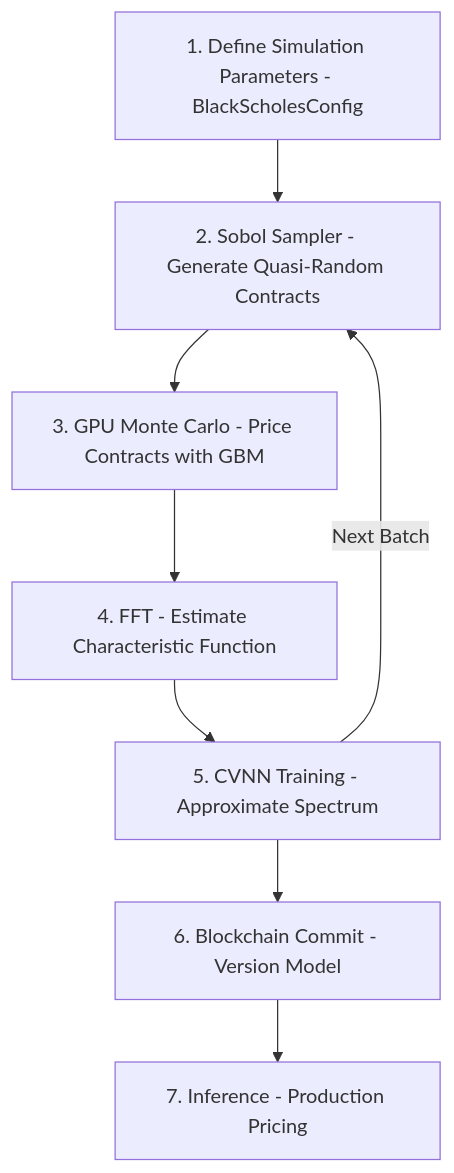
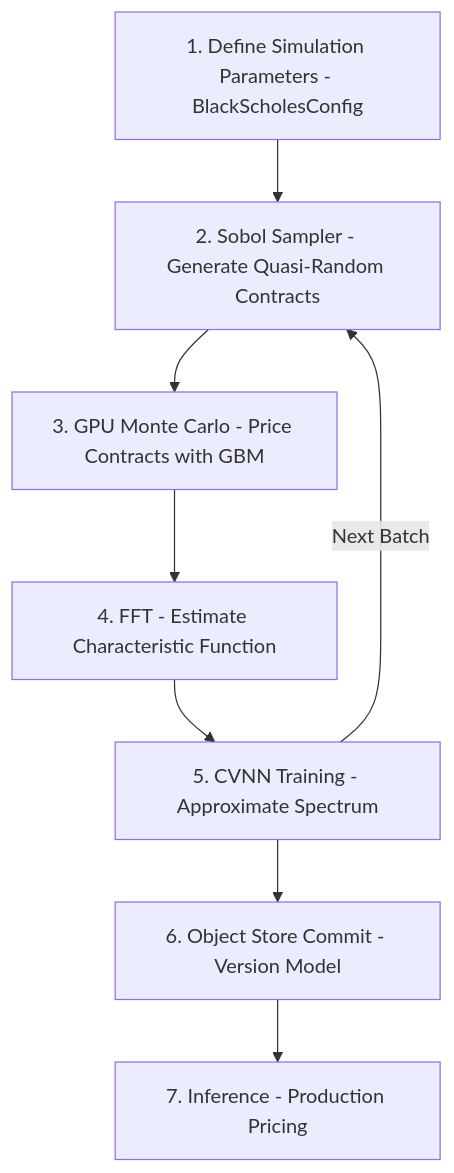
The first of 3 diagrams in README.md (Tuee22/SpectralMC), drawn with Mermaid before and after one commit. The commit also changed other lines of this file and 56 other files, not shown here.

````diff
--- a/README.md
+++ b/README.md
@@ -28,19 +28,19 @@
 ```mermaid
 flowchart TB
   SimParams[1. Define Simulation Parameters - BlackScholesConfig]
   SobolSample[2. Sobol Sampler - Generate Quasi-Random Contracts]
   MCSimulation[3. GPU Monte Carlo - Price Contracts with GBM]
   FFT[4. FFT - Estimate Characteristic Function]
   CVNNTrain[5. CVNN Training - Approximate Spectrum]
-  BlockchainCommit[6. Blockchain Commit - Version Model]
+  ObjectStoreCommit[6. Object Store Commit - Version Model]
   Inference[7. Inference - Production Pricing]
 
   SimParams --> SobolSample
   SobolSample --> MCSimulation
   MCSimulation --> FFT
   FFT --> CVNNTrain
-  CVNNTrain --> BlockchainCommit
-  BlockchainCommit --> Inference
+  CVNNTrain --> ObjectStoreCommit
+  ObjectStoreCommit --> Inference
 
   CVNNTrain -->|Next Batch| SobolSample
 ```
````
